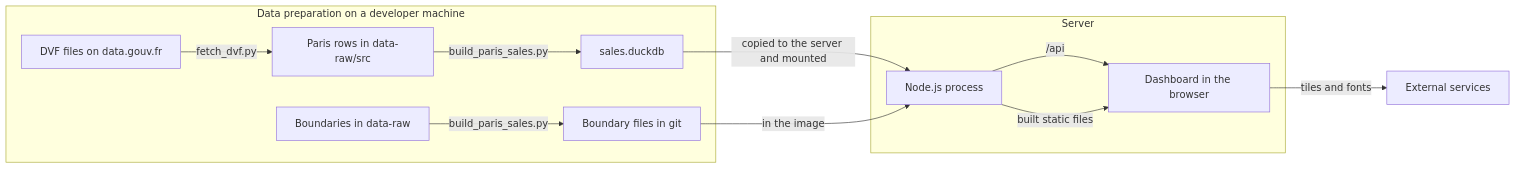
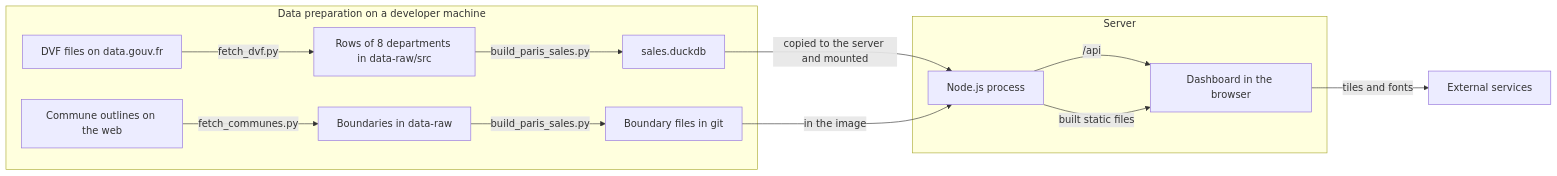
Before and after one commit to palsagar/paris-property-sales: the first of 2 diagrams in docs/architecture.md, drawn with Mermaid. The commit also changed other lines of this file and 75 other files, not shown here.

First line of the commit message:
Add the Communes around Paris and the Major towns (#8)

````diff
--- a/docs/architecture.md
+++ b/docs/architecture.md
@@ -9,15 +9,16 @@
 ```mermaid
 flowchart LR
   subgraph prep["Data preparation on a developer machine"]
-    A["DVF files on data.gouv.fr"] -->|"fetch_dvf.py"| B["Paris rows in data-raw/src"]
+    A["DVF files on data.gouv.fr"] -->|"fetch_dvf.py"| B["Rows of 8 departments in data-raw/src"]
     B -->|"build_paris_sales.py"| C["sales.duckdb"]
+    I["Commune outlines on the web"] -->|"fetch_communes.py"| G
     G["Boundaries in data-raw"] -->|"build_paris_sales.py"| H["Boundary files in git"]
   end
   subgraph server["Server"]
     C -->|"copied to the server and mounted"| D["Node.js process"]
     H -->|"in the image"| D
     D -->|"/api"| E["Dashboard in the browser"]
     D -->|"built static files"| E
   end
   E -->|"tiles and fonts"| F["External services"]
 ```
````
